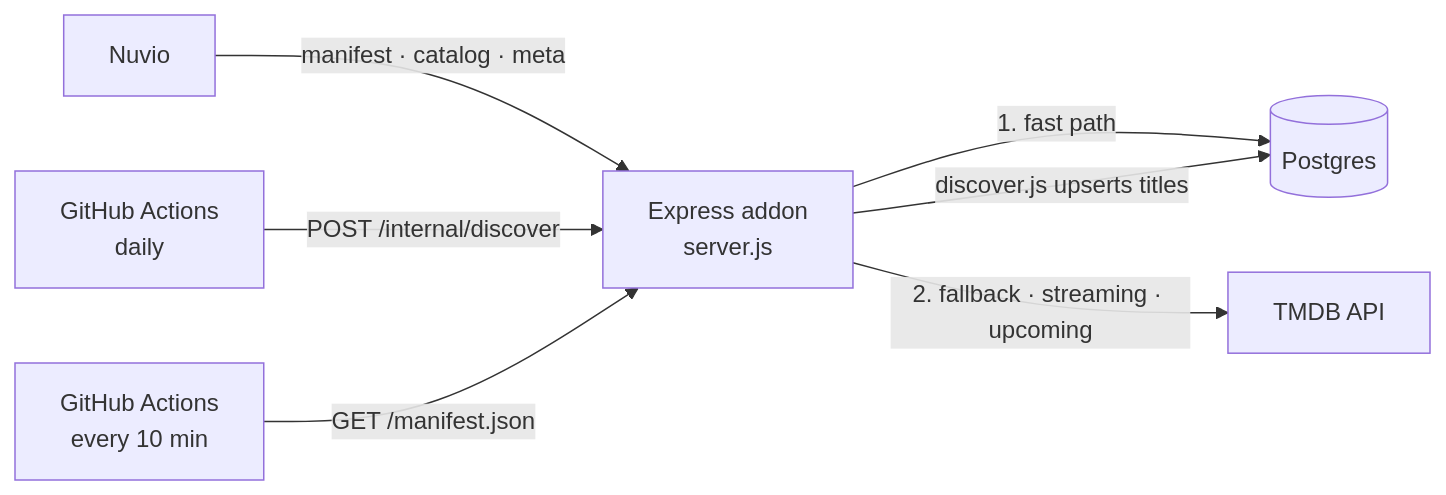
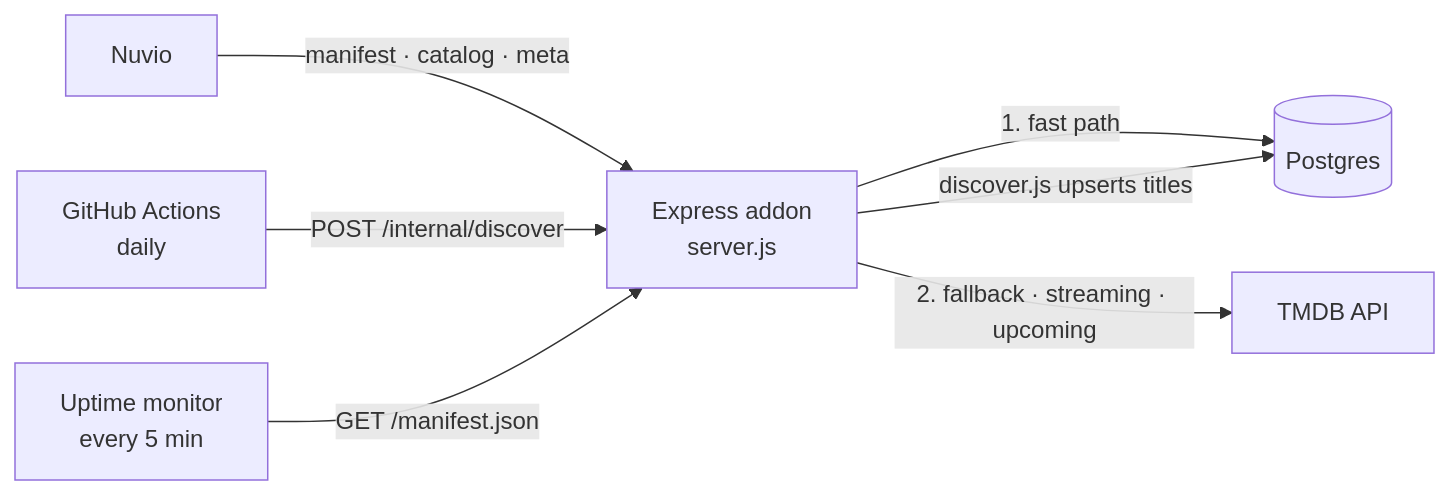
Before and after one commit to ekstrapc210100/Danish-Nuvio-Catalog: the diagram in README.md, drawn with Mermaid. The commit also changed other lines of this file and 1 other file, not shown here.

First line of the commit message:
Replace GitHub keep-alive workflow with an external uptime monitor

````diff
--- a/README.md
+++ b/README.md
@@ -127,9 +126,9 @@
 ```mermaid
 flowchart LR
     N[Nuvio] -->|manifest · catalog · meta| S[Express addon<br/>server.js]
     S -->|1. fast path| DB[(Postgres)]
     S -->|2. fallback · streaming · upcoming| T[TMDB API]
     G[GitHub Actions<br/>daily] -->|POST /internal/discover| S
     S -->|discover.js upserts titles| DB
-    G2[GitHub Actions<br/>every 10 min] -->|GET /manifest.json| S
+    U[Uptime monitor<br/>every 5 min] -->|GET /manifest.json| S
 ```
````
